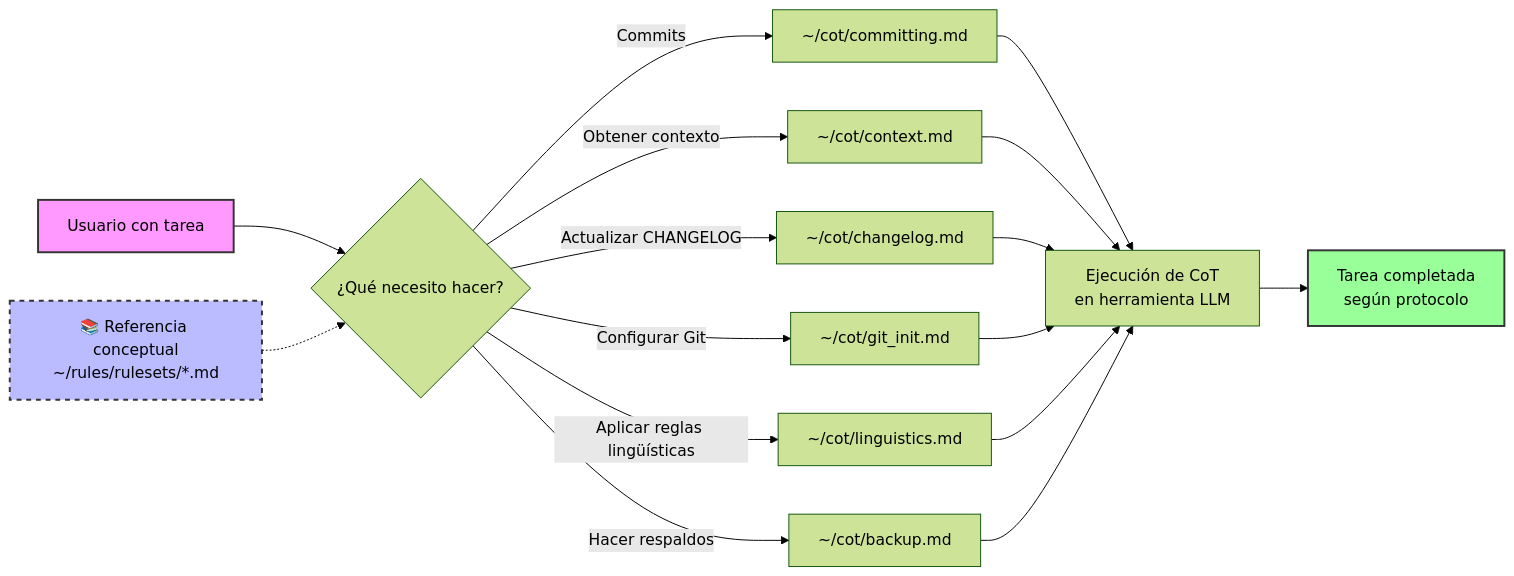
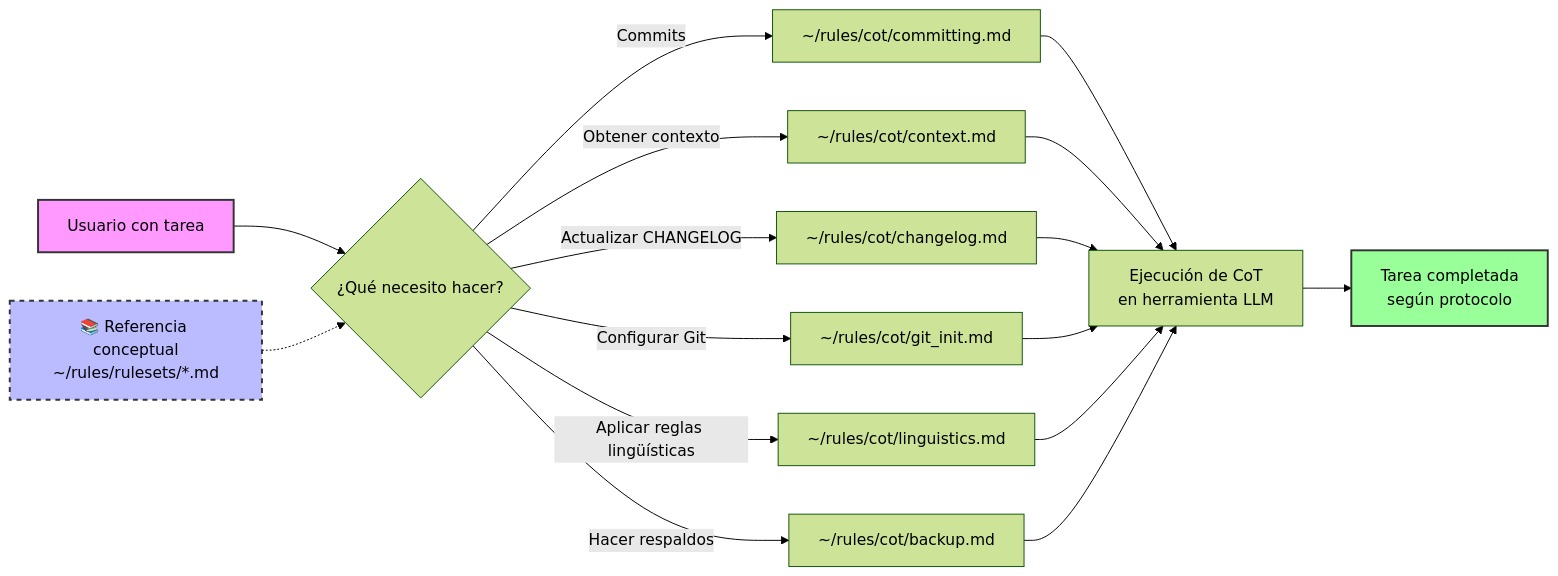
Before and after one commit to incognia/rules: the diagram in README.md, drawn with Mermaid (forest theme). The commit also changed other lines of this file and 1 other file, not shown here.

Commit message:
fix: use canonical ~/rules/cot/ paths in README invocation examples

````diff
--- a/README.md
+++ b/README.md
@@ -52,25 +52,25 @@
 ```mermaid
 flowchart LR
     A["Usuario con tarea"] --> B{"¿Qué necesito hacer?"}
-    B -->|Commits| C["~/cot/committing.md"]
-    B -->|Obtener contexto| D["~/cot/context.md"]
-    B -->|Actualizar CHANGELOG| E["~/cot/changelog.md"]
-    B -->|Configurar Git| F["~/cot/git_init.md"]
-    B -->|Aplicar reglas lingüísticas| G["~/cot/linguistics.md"]
-    B -->|Hacer respaldos| H["~/cot/backup.md"]
+    B -->|Commits| C["~/rules/cot/committing.md"]
+    B -->|Obtener contexto| D["~/rules/cot/context.md"]
+    B -->|Actualizar CHANGELOG| E["~/rules/cot/changelog.md"]
+    B -->|Configurar Git| F["~/rules/cot/git_init.md"]
+    B -->|Aplicar reglas lingüísticas| G["~/rules/cot/linguistics.md"]
+    B -->|Hacer respaldos| H["~/rules/cot/backup.md"]
     
     C --> I["Ejecución de CoT<br/>en herramienta LLM"]
     D --> I
     E --> I
     F --> I
     G --> I
     H --> I
     
     I --> J["Tarea completada<br/>según protocolo"]
     
     K["📚 Referencia conceptual<br/>~/rules/rulesets/*.md"] -.-> B
     
     style A fill:#f9f,stroke:#333,stroke-width:2px
     style J fill:#9f9,stroke:#333,stroke-width:2px
     style K fill:#bbf,stroke:#333,stroke-width:2px,stroke-dasharray: 5 5
 ```
````
